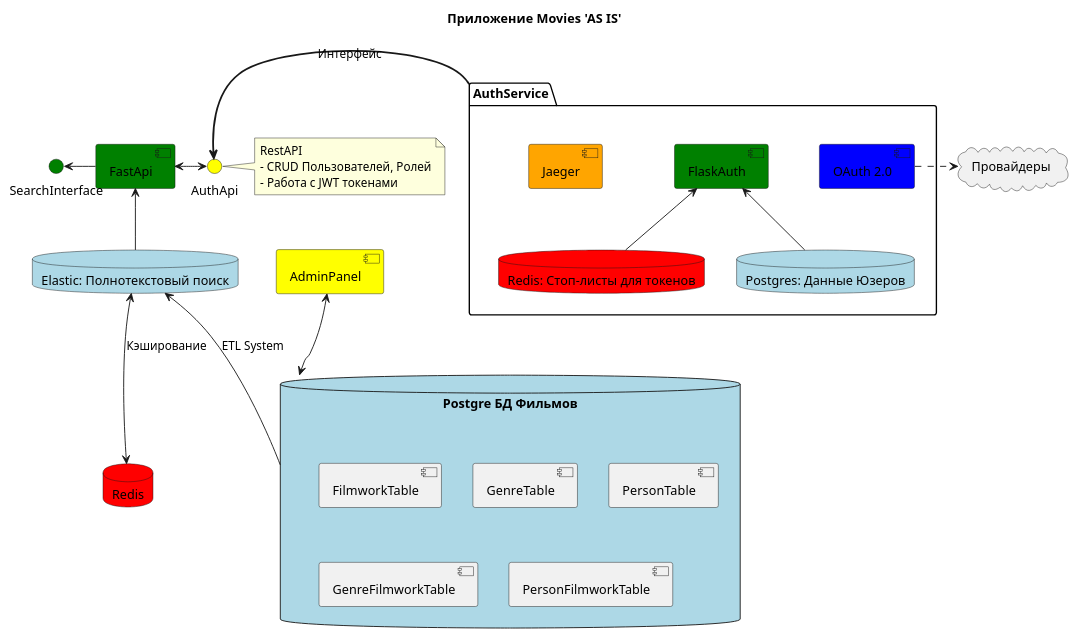
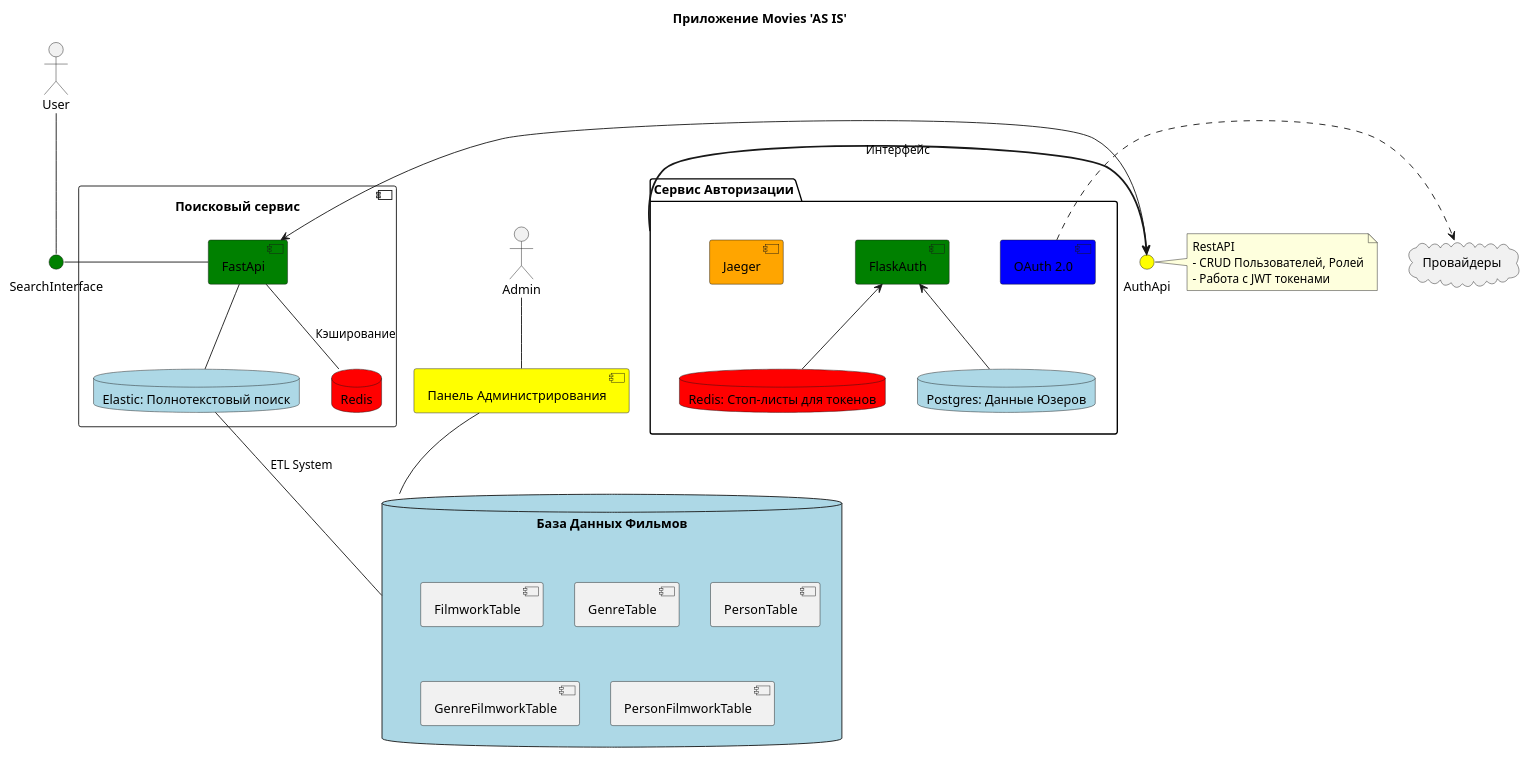
Before and after one commit to IAmIrina/ugc: the diagram in uml/asis.plantuml, drawn with PlantUML. The commit also changed 2 other files, not shown here.

```diff
--- a/uml/asis.plantuml
+++ b/uml/asis.plantuml
@@ -1,64 +1,70 @@
 @startuml
 skinparam componentStyle uml2
 
 title Приложение Movies 'AS IS'
 
-component AdminPanel #Yellow
+actor Admin
+component "Панель Администрирования" as AdminPanel #Yellow
 
 ' База Данных Фильмов
-database "Postgre БД Фильмов" as PostgreMovies #Lightblue {
+database "База Данных Фильмов" as PostgreMovies #Lightblue {
 component FilmworkTable
 component GenreTable
 component PersonTable
 component GenreFilmworkTable
 component PersonFilmworkTable
 }
 
+' Сервис Поиска по фильмам
+component "Поисковый сервис" {
 database "Elastic: Полнотекстовый поиск" as ElasticSearch #Lightblue
 database "Redis" as RedisSearchCashing #Red
+component FastApi #Green
+}
+actor User
+interface SearchInterface #Green
 
 
 
-' Компоненты FastAPI
-component FastApi #Green
-interface SearchInterface #Green
-
 ' Компоненты сервиса аутентификации
-package AuthService {
+package  "Сервис Авторизации" as AuthService {
 database "Redis: Стоп-листы для токенов" as RedisTokens #Red
 database "Postgres: Данные Юзеров" as PostgreUsers #Lightblue
 component FlaskAuth #Green
 component Jaeger #Orange
 component "OAuth 2.0" as OAuth #Blue
 }
 
 
+
 cloud "Провайдеры" as Providers
 
 interface AuthApi #Yellow
 
 
 ' Взаимодействия
-AdminPanel <--> PostgreMovies
+Admin -- AdminPanel
+AdminPanel -- PostgreMovies
 
-ElasticSearch <-- PostgreMovies: "ETL System" 
-ElasticSearch <--> RedisSearchCashing: Кэширование
-ElasticSearch -up-> FastApi
+ElasticSearch -- PostgreMovies: "ETL System"
+FastApi -- RedisSearchCashing: Кэширование
+ElasticSearch -up- FastApi
 
-SearchInterface <- FastApi
+SearchInterface - FastApi
+User -- SearchInterface
+
 
 ' Взаимодействия внутри AuthService
 AuthService -[thickness=2]> AuthApi: Интерфейс
 FastApi <-> AuthApi
 note right
 RestAPI
 - CRUD Пользователей, Ролей
 - Работа с JWT токенами
 end note
 FlaskAuth <-- PostgreUsers
 FlaskAuth <-- RedisTokens
 
 OAuth .> Providers
 
-
 @enduml
```
